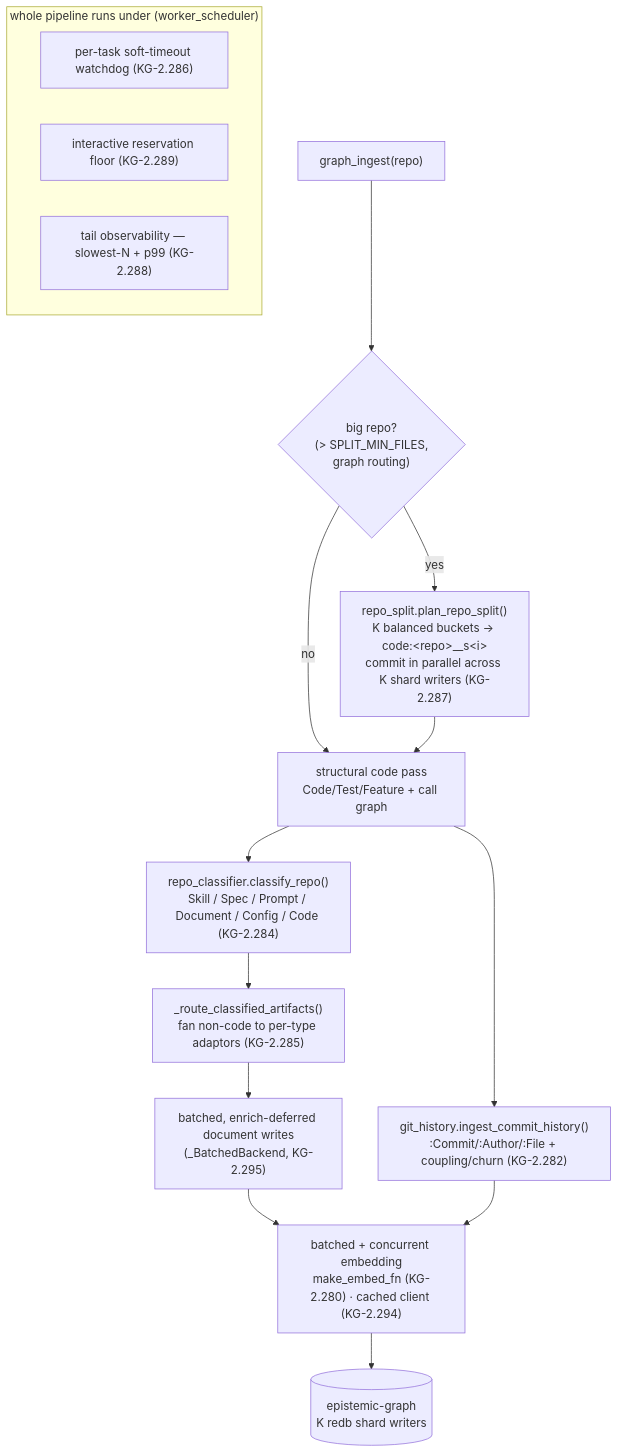
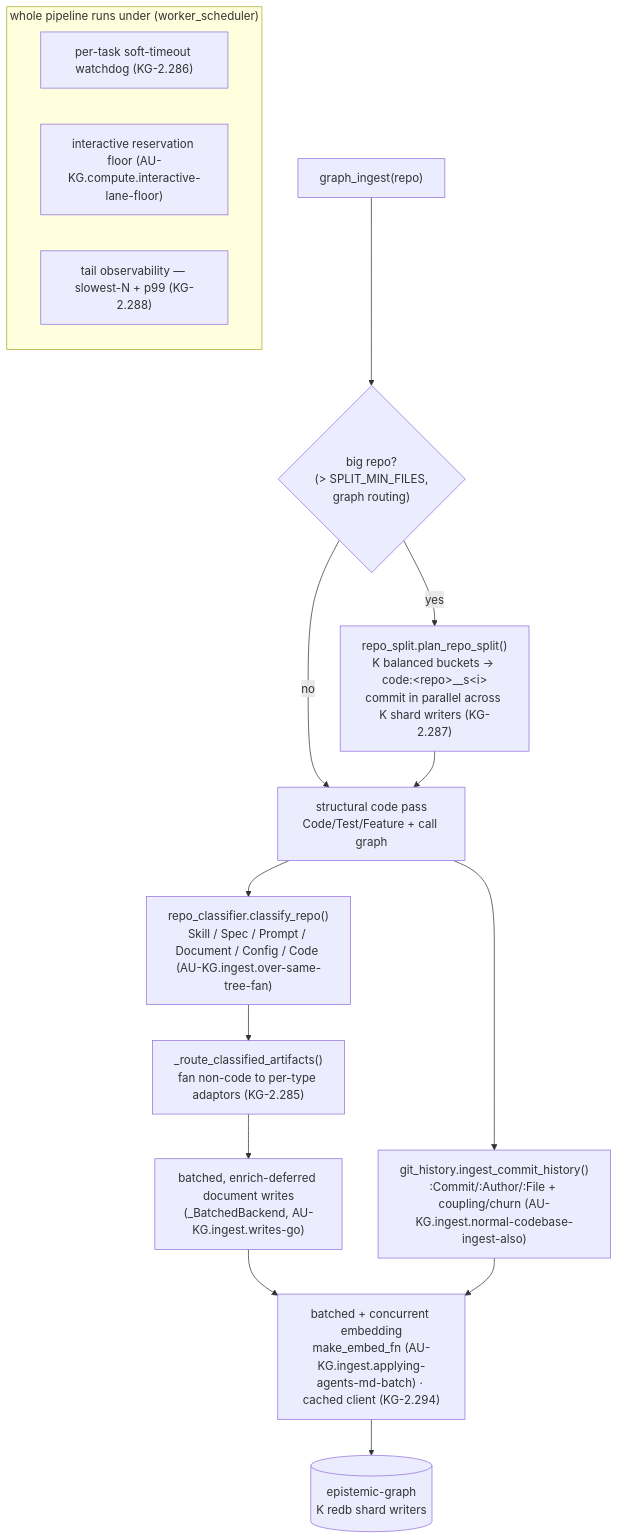
Before and after one commit to Knuckles-Team/agent-utilities: the diagram in docs/architecture/intelligent-ingestion.md, drawn with Mermaid. The commit also changed other lines of this file and 2324 other files, not shown here.

````diff
--- a/docs/architecture/intelligent-ingestion.md
+++ b/docs/architecture/intelligent-ingestion.md
@@ -20,20 +20,20 @@
 ```mermaid
 flowchart TB
     REPO["graph_ingest(repo)"] --> SPLIT{"big repo?<br/>(> SPLIT_MIN_FILES,<br/>graph routing)"}
     SPLIT -- yes --> FAN["repo_split.plan_repo_split()<br/>K balanced buckets → code:&lt;repo&gt;__s&lt;i&gt;<br/>commit in parallel across K shard writers (KG-2.287)"]
     SPLIT -- no --> STRUCT["structural code pass<br/>Code/Test/Feature + call graph"]
     FAN --> STRUCT
-    STRUCT --> CLASS["repo_classifier.classify_repo()<br/>Skill / Spec / Prompt / Document / Config / Code (KG-2.284)"]
+    STRUCT --> CLASS["repo_classifier.classify_repo()<br/>Skill / Spec / Prompt / Document / Config / Code (AU-KG.ingest.over-same-tree-fan)"]
     CLASS --> ROUTE["_route_classified_artifacts()<br/>fan non-code to per-type adaptors (KG-2.285)"]
-    ROUTE --> DOCS["batched, enrich-deferred document writes<br/>(_BatchedBackend, KG-2.295)"]
-    STRUCT --> HIST["git_history.ingest_commit_history()<br/>:Commit/:Author/:File + coupling/churn (KG-2.282)"]
-    DOCS --> EMB["batched + concurrent embedding<br/>make_embed_fn (KG-2.280) · cached client (KG-2.294)"]
+    ROUTE --> DOCS["batched, enrich-deferred document writes<br/>(_BatchedBackend, AU-KG.ingest.writes-go)"]
+    STRUCT --> HIST["git_history.ingest_commit_history()<br/>:Commit/:Author/:File + coupling/churn (AU-KG.ingest.normal-codebase-ingest-also)"]
+    DOCS --> EMB["batched + concurrent embedding<br/>make_embed_fn (AU-KG.ingest.applying-agents-md-batch) · cached client (KG-2.294)"]
     HIST --> EMB
     EMB --> KG[("epistemic-graph<br/>K redb shard writers")]
 
     subgraph GUARDS["whole pipeline runs under (worker_scheduler)"]
         T["per-task soft-timeout watchdog (KG-2.286)"]
-        R["interactive reservation floor (KG-2.289)"]
+        R["interactive reservation floor (AU-KG.compute.interactive-lane-floor)"]
         O["tail observability — slowest-N + p99 (KG-2.288)"]
     end
 ```
````
